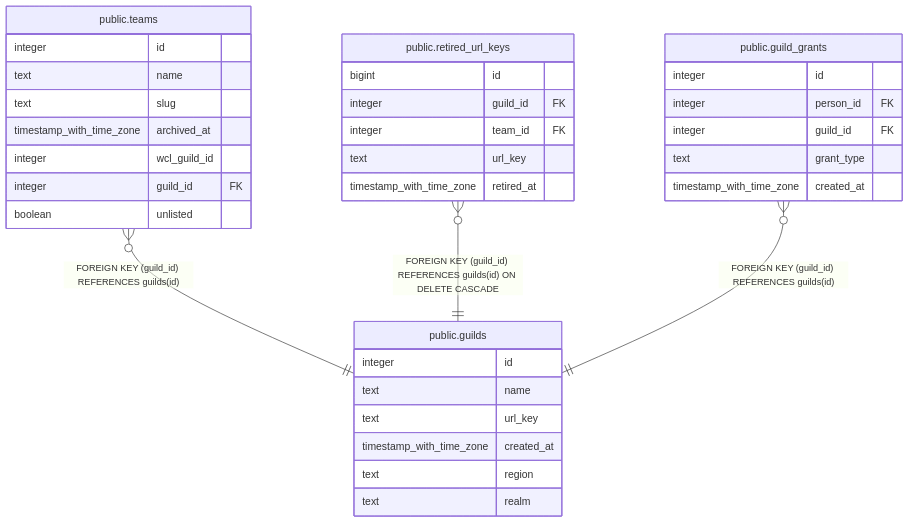
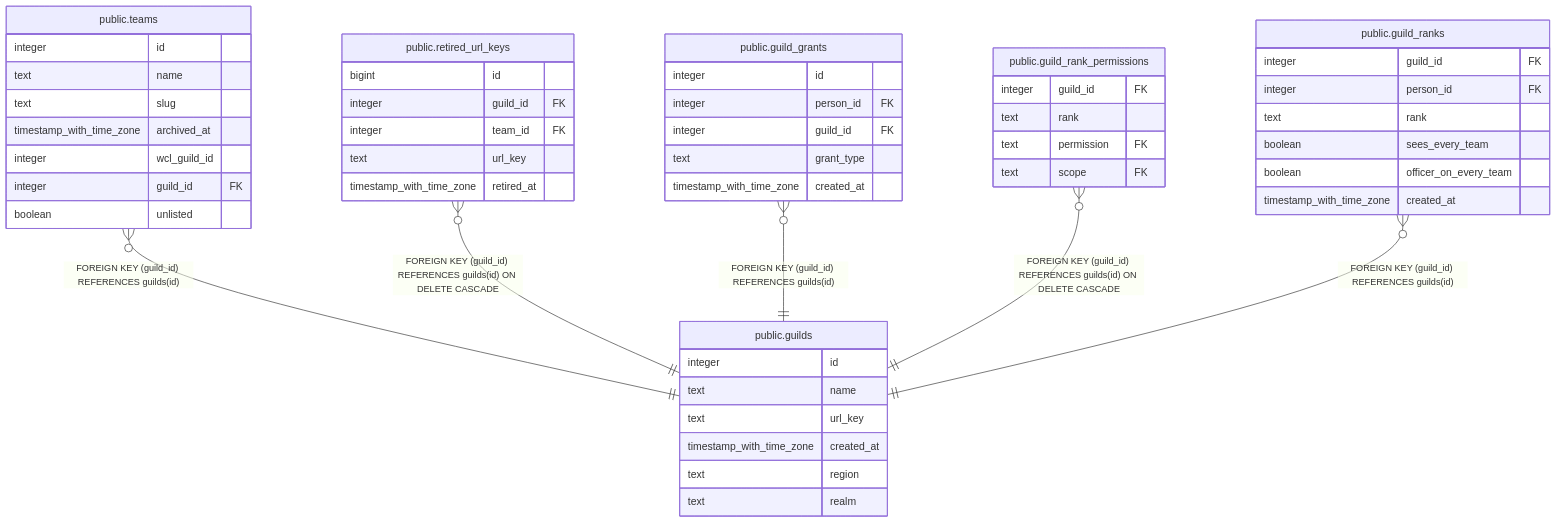
Before and after one commit to katogaming88/WGA-Raid-Hub: the diagram in dbdoc/public.guilds.md, drawn with Mermaid. The commit also changed other lines of this file and 39 other files, not shown here.

Commit message:
Guild and team ranks, each rank's permissions stored, kept in step with today's roles (#1645)

````diff
--- a/dbdoc/public.guilds.md
+++ b/dbdoc/public.guilds.md
@@ -43,39 +44,55 @@
 ```mermaid
 erDiagram
 
 "public.teams" }o--|| "public.guilds" : "FOREIGN KEY (guild_id) REFERENCES guilds(id)"
 "public.retired_url_keys" }o--|| "public.guilds" : "FOREIGN KEY (guild_id) REFERENCES guilds(id) ON DELETE CASCADE"
 "public.guild_grants" }o--|| "public.guilds" : "FOREIGN KEY (guild_id) REFERENCES guilds(id)"
+"public.guild_rank_permissions" }o--|| "public.guilds" : "FOREIGN KEY (guild_id) REFERENCES guilds(id) ON DELETE CASCADE"
+"public.guild_ranks" }o--|| "public.guilds" : "FOREIGN KEY (guild_id) REFERENCES guilds(id)"
 
 "public.guilds" {
   integer id
   text name
   text url_key
   timestamp_with_time_zone created_at
   text region
   text realm
 }
 "public.teams" {
   integer id
   text name
   text slug
   timestamp_with_time_zone archived_at
   integer wcl_guild_id
   integer guild_id FK
   boolean unlisted
 }
 "public.retired_url_keys" {
   bigint id
   integer guild_id FK
   integer team_id FK
   text url_key
   timestamp_with_time_zone retired_at
 }
 "public.guild_grants" {
   integer id
   integer person_id FK
   integer guild_id FK
   text grant_type
   timestamp_with_time_zone created_at
 }
+"public.guild_rank_permissions" {
+  integer guild_id FK
+  text rank
+  text permission FK
+  text scope FK
+}
+"public.guild_ranks" {
+  integer guild_id FK
+  integer person_id FK
+  text rank
+  boolean sees_every_team
+  boolean officer_on_every_team
+  timestamp_with_time_zone created_at
+}
 ```
````
